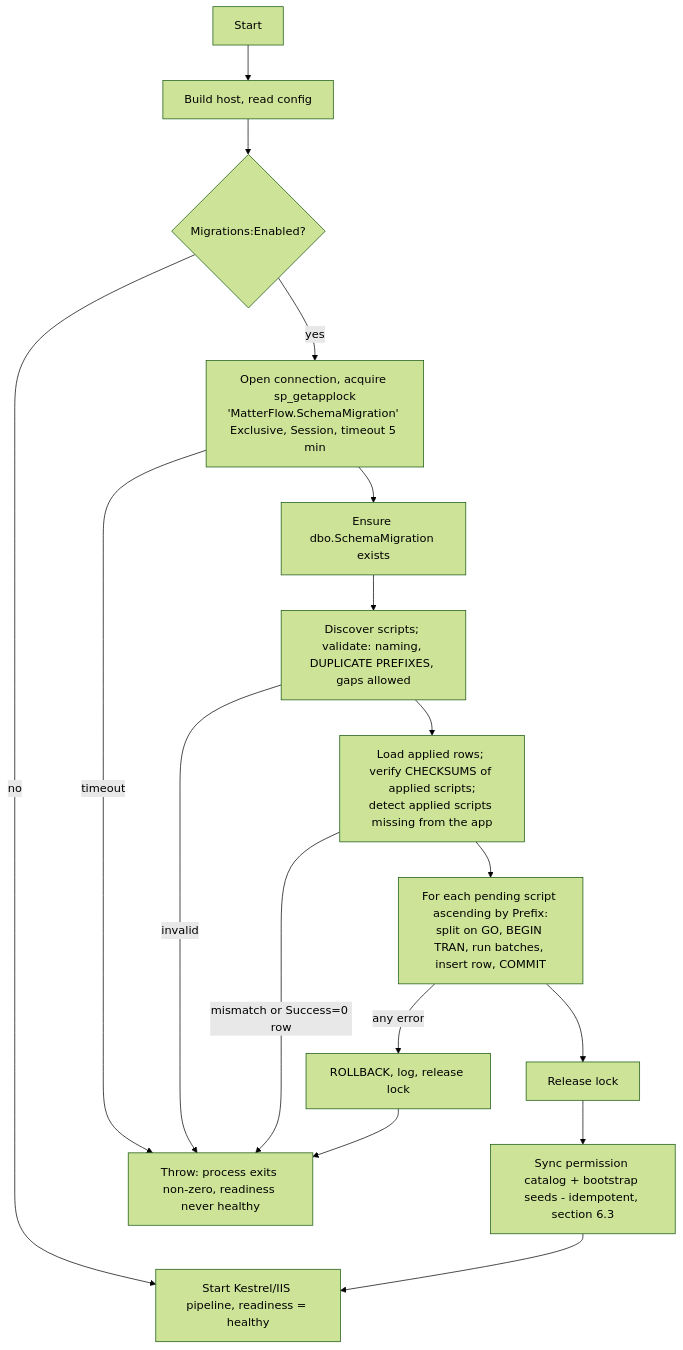
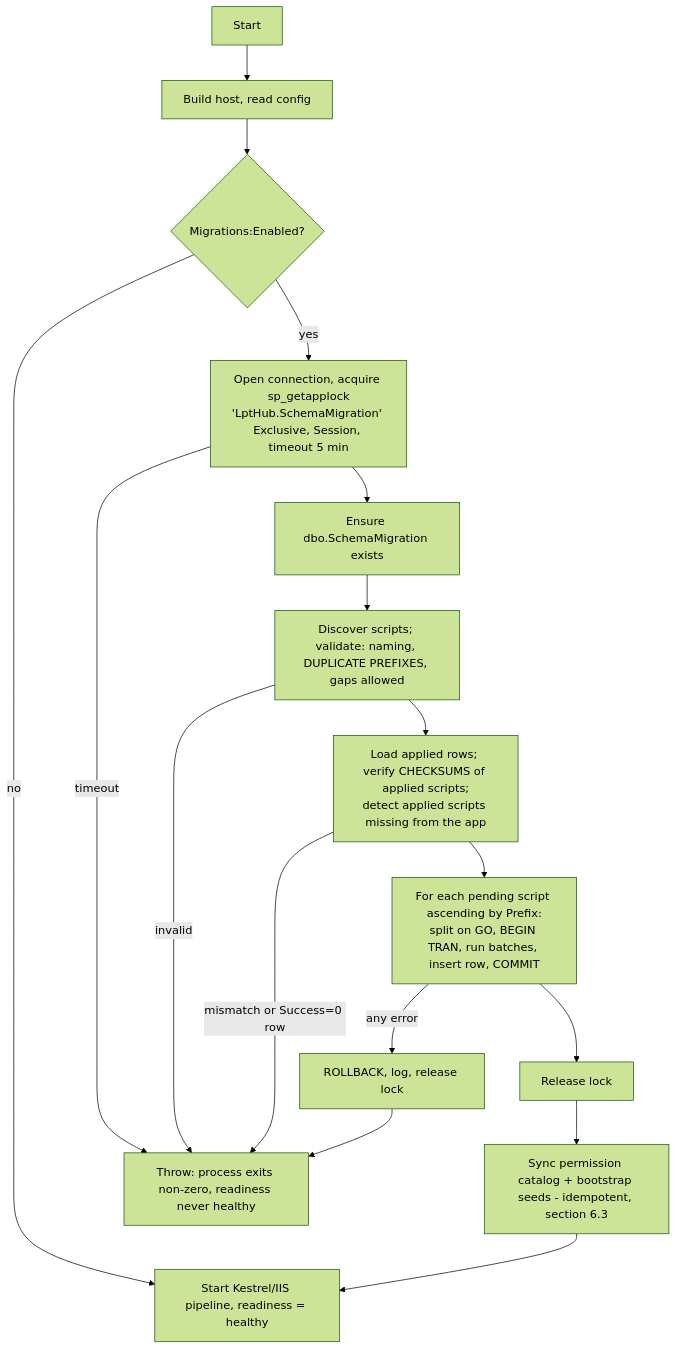
One commit to dent-ist/MatterFlow changed the second of 4 diagrams in docs/architecture.md. Above: the diagram before and after it, drawn with Mermaid (forest theme). The commit also changed other lines of this file and 1178 other files, not shown here.

````diff
--- a/docs/architecture.md
+++ b/docs/architecture.md
@@ -217,19 +217,19 @@
 ```mermaid
 flowchart TD
   A[Start] --> B[Build host, read config]
   B --> C{Migrations:Enabled?}
   C -- no --> H
-  C -- yes --> D[Open connection, acquire sp_getapplock<br/>'MatterFlow.SchemaMigration' Exclusive, Session, timeout 5 min]
+  C -- yes --> D[Open connection, acquire sp_getapplock<br/>'LptHub.SchemaMigration' Exclusive, Session, timeout 5 min]
   D -- timeout --> X[Fail startup]
   D --> E[Ensure dbo.SchemaMigration exists]
   E --> F[Discover scripts; validate: naming, DUPLICATE PREFIXES, gaps allowed]
   F -- invalid --> X
   F --> G[Load applied rows; verify CHECKSUMS of applied scripts;<br/>detect applied scripts missing from the app]
   G -- mismatch or Success=0 row --> X
   G --> P[For each pending script ascending by Prefix:<br/>split on GO, BEGIN TRAN, run batches, insert row, COMMIT]
   P -- any error --> R[ROLLBACK, log, release lock] --> X
   P --> L[Release lock]
   L --> S[Sync permission catalog + bootstrap seeds - idempotent, section 6.3]
   S --> H[Start Kestrel/IIS pipeline, readiness = healthy]
   X[Throw: process exits non-zero, readiness never healthy]
 ```
````
